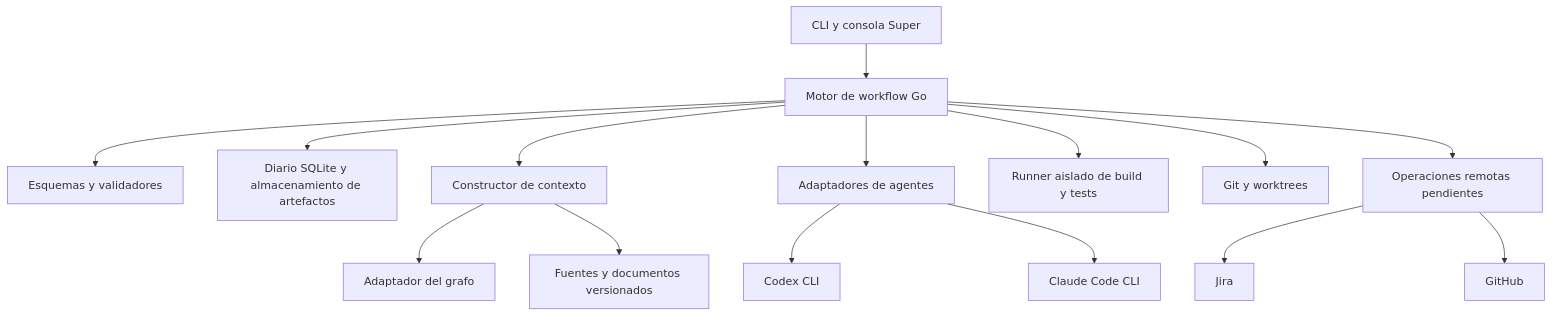
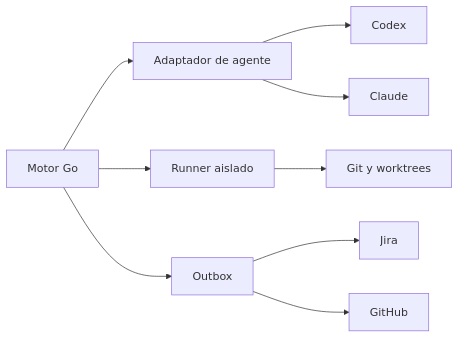
Before and after one commit to chrismdiez/superharness: the second of 2 diagrams in super-sdd-plan/03-arquitectura-go-y-estado.md, drawn with Mermaid. The commit also changed other lines of this file and 13 other files, not shown here.

````diff
--- a/super-sdd-plan/03-arquitectura-go-y-estado.md
+++ b/super-sdd-plan/03-arquitectura-go-y-estado.md
@@ -5,17 +36,13 @@
 ```mermaid
-flowchart TD
-    CLI[CLI y consola Super] --> Engine[Motor de workflow Go]
-    Engine --> Contracts[Esquemas y validadores]
-    Engine --> State[Diario SQLite y almacenamiento de artefactos]
-    Engine --> Context[Constructor de contexto]
-    Context --> Graph[Adaptador del grafo]
-    Context --> Files[Fuentes y documentos versionados]
-    Engine --> Providers[Adaptadores de agentes]
-    Providers --> Codex[Codex CLI]
-    Providers --> Claude[Claude Code CLI]
-    Engine --> Runner[Runner aislado de build y tests]
-    Engine --> Git[Git y worktrees]
-    Engine --> Outbox[Operaciones remotas pendientes]
-    Outbox --> Jira[Jira]
-    Outbox --> GitHub[GitHub]
+flowchart LR
+  accTitle: Ejecucion e integraciones
+  accDescr: El motor delega en agentes, runner aislado y outbox; cada adaptador conserva su responsabilidad.
+  Engine["Motor Go"] --> Agents["Adaptador de agente"]
+  Agents --> Codex["Codex"]
+  Agents --> Claude["Claude"]
+  Engine --> Runner["Runner aislado"]
+  Runner --> Git["Git y worktrees"]
+  Engine --> Outbox["Outbox"]
+  Outbox --> Jira["Jira"]
+  Outbox --> Github["GitHub"]
 ```
````
